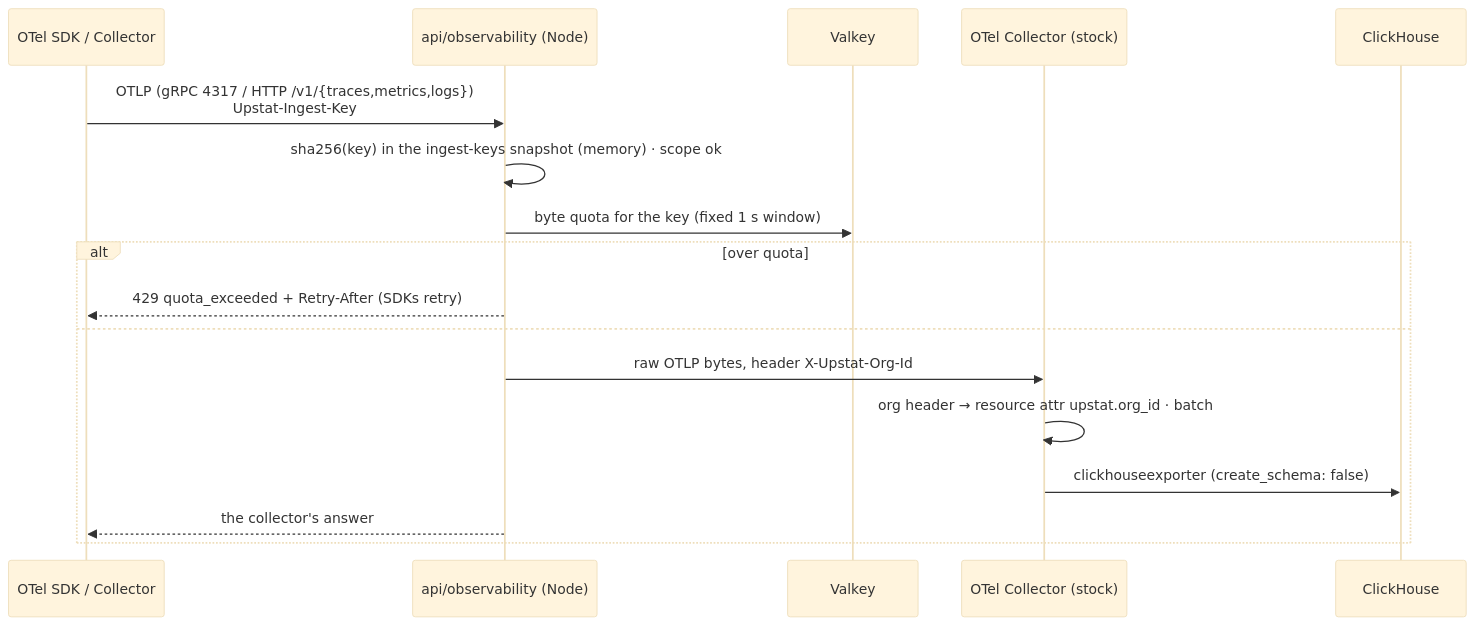
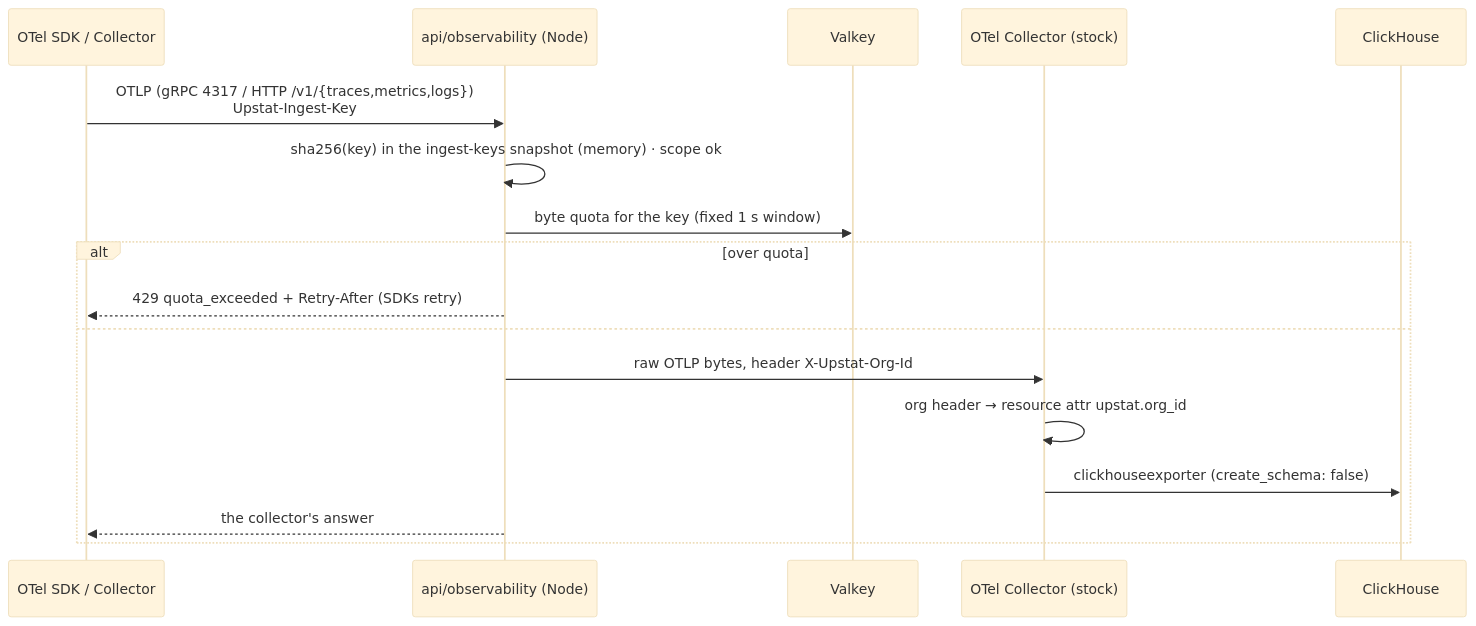
Before and after one commit to cuesoftinc/upstat: the fourth of 4 diagrams in docs/system-design.md, drawn with Mermaid (base theme). The commit also changed other lines of this file and 5 other files, not shown here.

````diff
--- a/docs/system-design.md
+++ b/docs/system-design.md
@@ -433,20 +433,20 @@
 ```mermaid
 sequenceDiagram
     participant SDK as OTel SDK / Collector
     participant G as api/observability (Node)
     participant R as Valkey
     participant L as OTel Collector (stock)
     participant CH as ClickHouse
 
     SDK->>G: OTLP (gRPC 4317 / HTTP /v1/{traces,metrics,logs})<br/>Upstat-Ingest-Key
     G->>G: sha256(key) in the ingest-keys snapshot (memory) · scope ok
     G->>R: byte quota for the key (fixed 1 s window)
     alt over quota
         G-->>SDK: 429 quota_exceeded + Retry-After (SDKs retry)
     else
         G->>L: raw OTLP bytes, header X-Upstat-Org-Id
-        L->>L: org header → resource attr upstat.org_id · batch
+        L->>L: org header → resource attr upstat.org_id
         L->>CH: clickhouseexporter (create_schema: false)
         G-->>SDK: the collector's answer
     end
 ```
````
